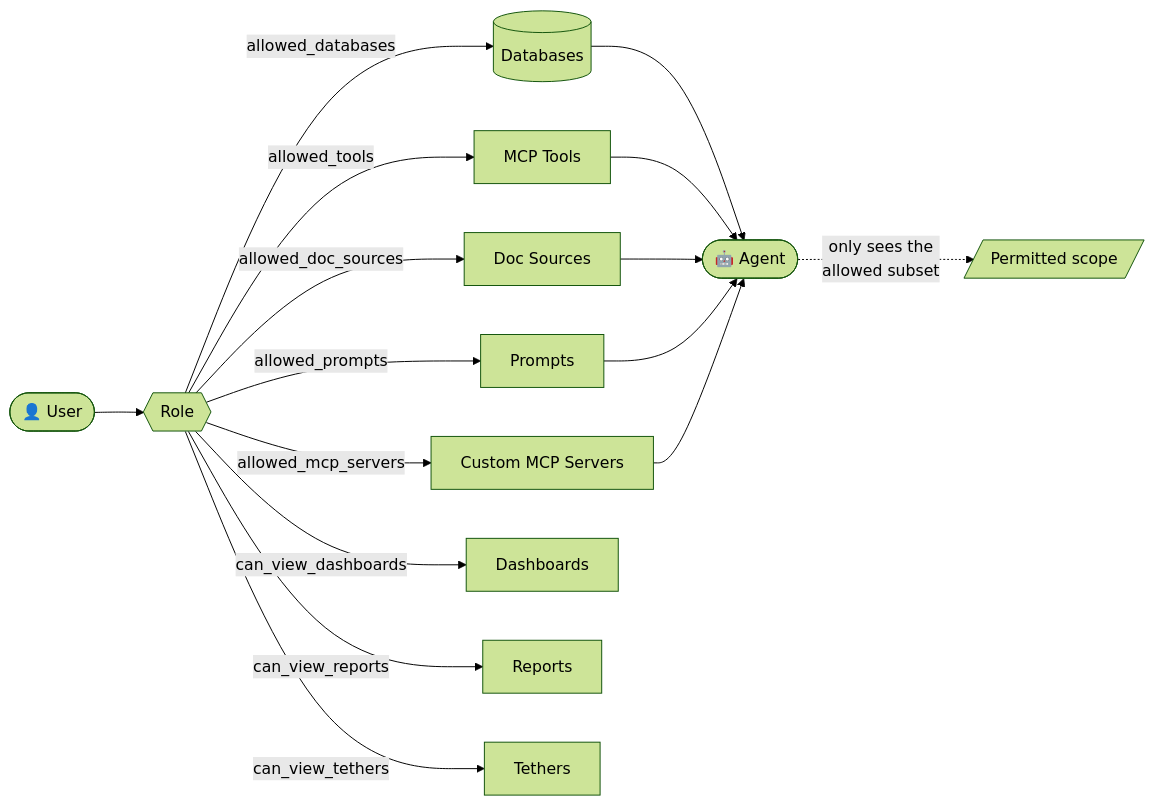
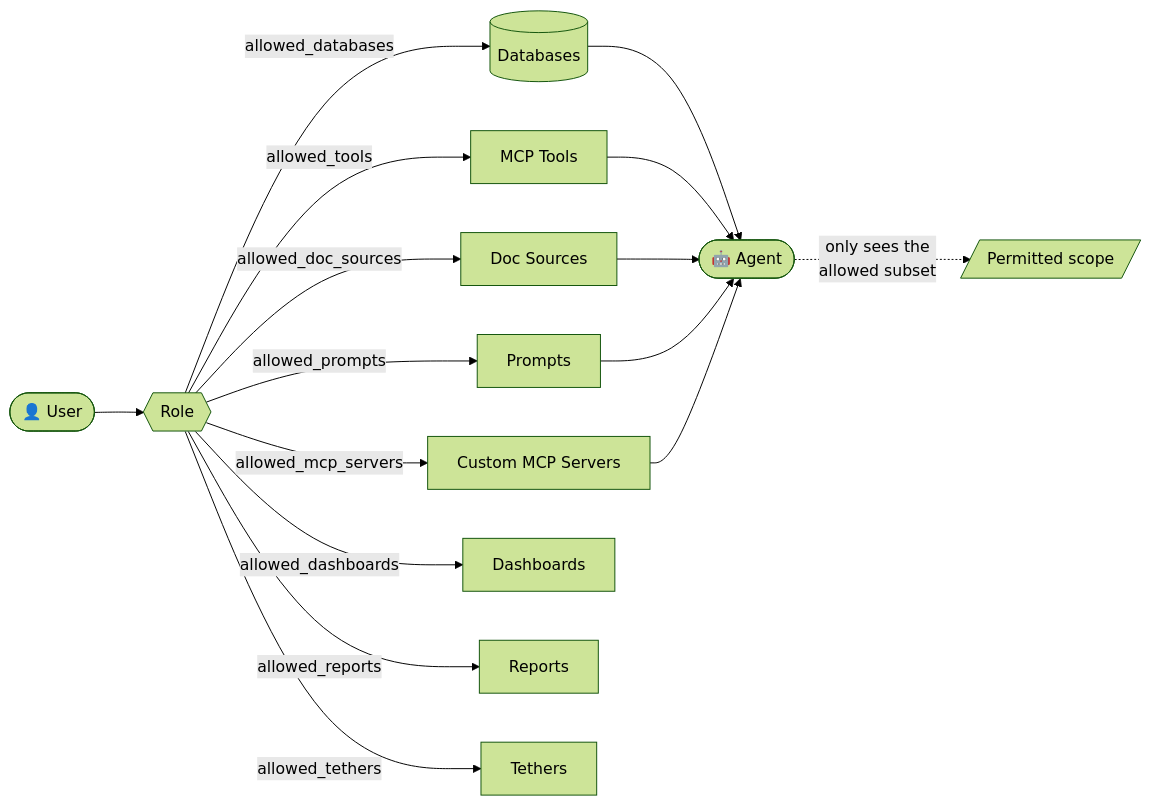
The first of 2 diagrams in README.md (mpospirit-apps/TetherDust), drawn with Mermaid (forest theme) before and after one commit. The commit also changed 16 other files, not shown here.

````diff
--- a/README.md
+++ b/README.md
@@ -86,21 +86,21 @@
 ```mermaid
 flowchart LR
     User([👤 User]) --> Role{{Role}}
 
     Role -- allowed_databases --> DB[(Databases)]
     Role -- allowed_tools --> Tools[MCP Tools]
     Role -- allowed_doc_sources --> Docs[Doc Sources]
     Role -- allowed_prompts --> Prompts[Prompts]
     Role -- allowed_mcp_servers --> MCP[Custom MCP Servers]
-    Role -- can_view_dashboards --> Dash[Dashboards]
-    Role -- can_view_reports --> Reports[Reports]
-    Role -- can_view_tethers --> Tethers[Tethers]
+    Role -- allowed_dashboards --> Dash[Dashboards]
+    Role -- allowed_reports --> Reports[Reports]
+    Role -- allowed_tethers --> Tethers[Tethers]
 
     DB --> Agent([🤖 Agent])
     Tools --> Agent
     Docs --> Agent
     Prompts --> Agent
     MCP --> Agent
 
     Agent -. only sees the<br/>allowed subset .-> Scope[/Permitted scope/]
 ```
````
